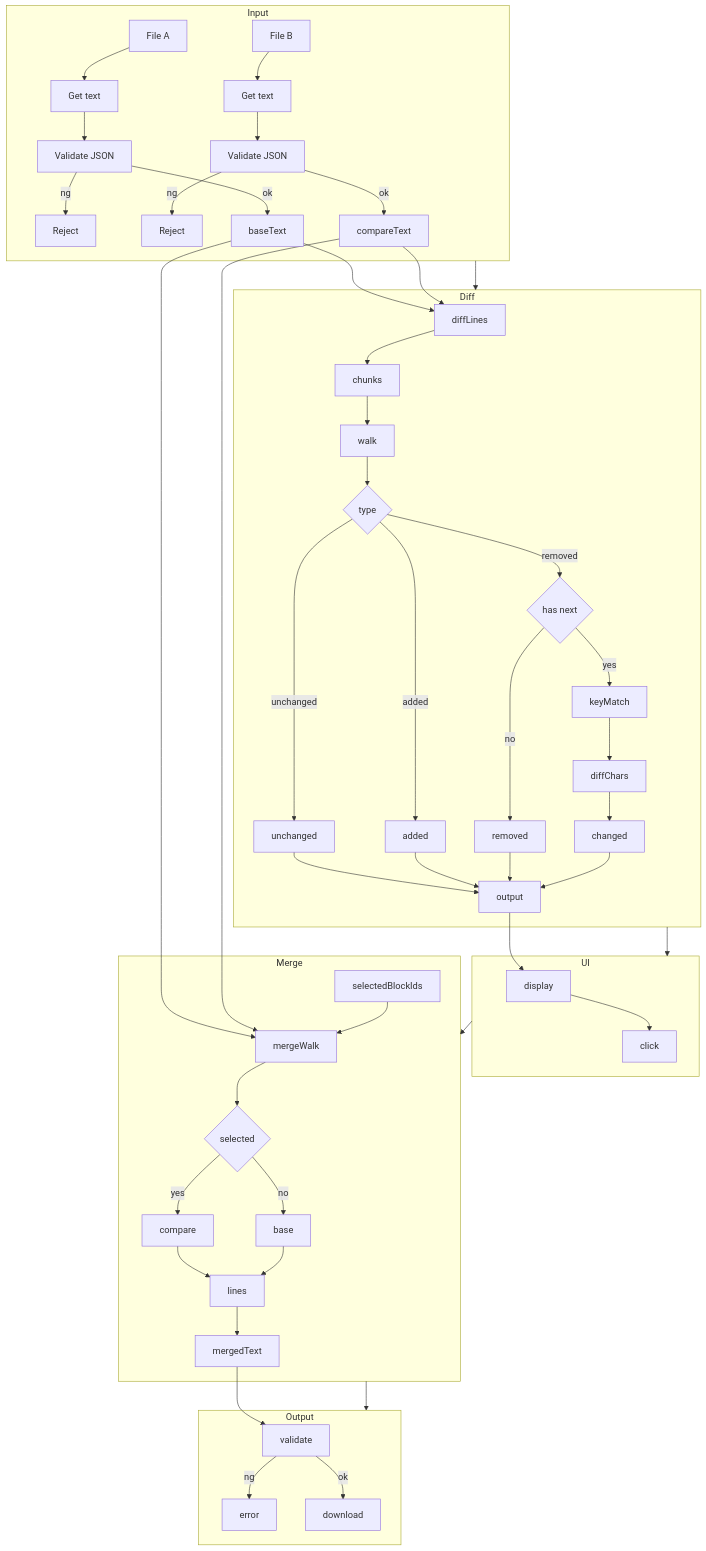
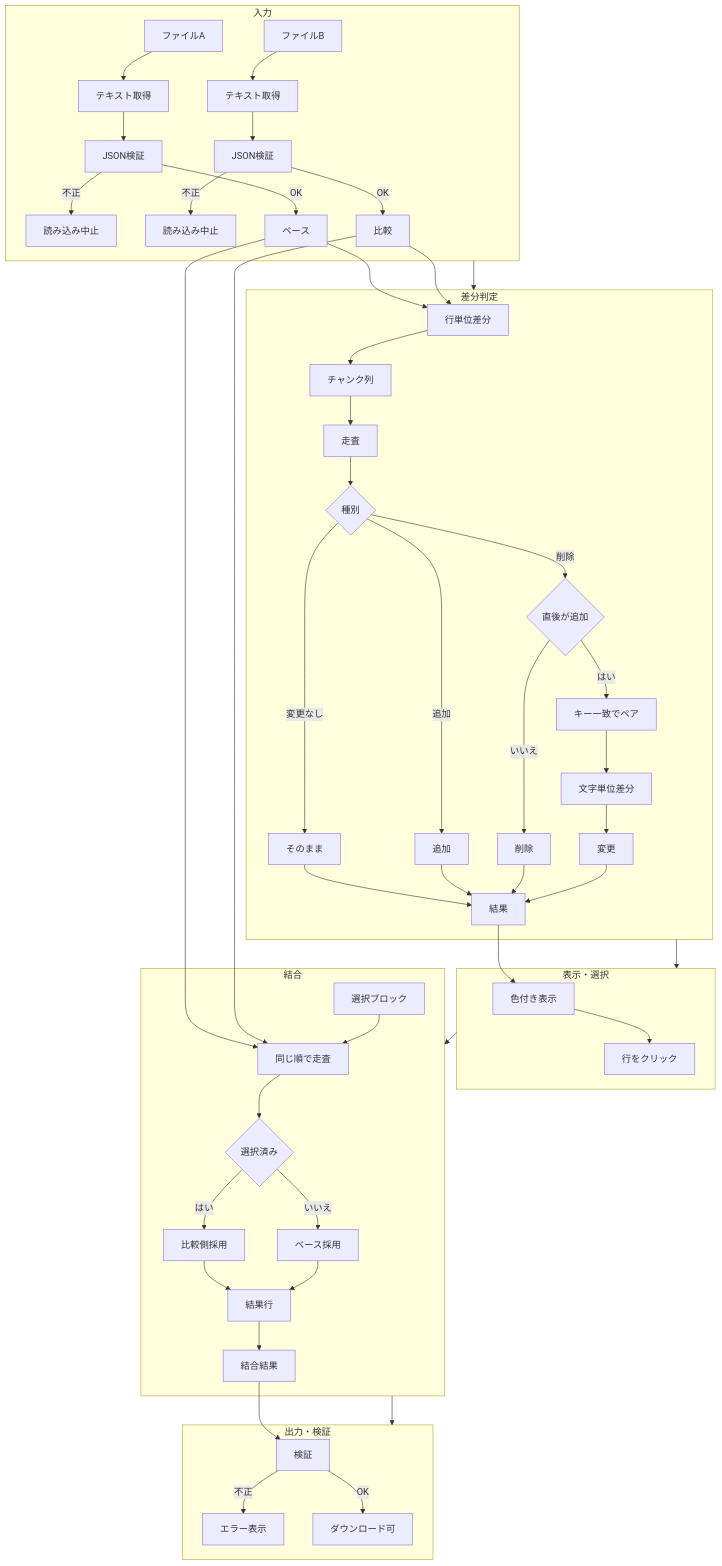
The diagram in README.md (false-kokobaya/vue_ts), drawn with Mermaid before and after one commit.

Commit message:
READMEの図のテキストをすべて日本語に修正

````diff
--- a/README.md
+++ b/README.md
@@ -139,61 +139,61 @@
 ```mermaid
 flowchart TB
-  subgraph INPUT[Input]
-    A[File A] --> A1[Get text]
-    B[File B] --> B1[Get text]
-    A1 --> VA[Validate JSON]
-    B1 --> VB[Validate JSON]
-    VA -->|ng| REJECT_A[Reject]
-    VB -->|ng| REJECT_B[Reject]
-    VA -->|ok| baseText[baseText]
-    VB -->|ok| compareText[compareText]
+  subgraph INPUT[入力]
+    A[ファイルA] --> A1[テキスト取得]
+    B[ファイルB] --> B1[テキスト取得]
+    A1 --> VA[JSON検証]
+    B1 --> VB[JSON検証]
+    VA -->|不正| REJECT_A[読み込み中止]
+    VB -->|不正| REJECT_B[読み込み中止]
+    VA -->|OK| baseText[ベース]
+    VB -->|OK| compareText[比較]
   end
 
-  subgraph DIFF[Diff]
-    baseText --> diffLines[diffLines]
+  subgraph DIFF[差分判定]
+    baseText --> diffLines[行単位差分]
     compareText --> diffLines
-    diffLines --> chunks[chunks]
-    chunks --> walk[walk]
-    walk --> type{type}
-    type -->|unchanged| out_unchanged[unchanged]
-    type -->|added| out_added[added]
-    type -->|removed| next{has next}
-    next -->|yes| keyMatch[keyMatch]
-    next -->|no| out_removed[removed]
-    keyMatch --> diffChars[diffChars]
-    diffChars --> out_changed[changed]
-    out_unchanged --> result[output]
+    diffLines --> chunks[チャンク列]
+    chunks --> walk[走査]
+    walk --> type{種別}
+    type -->|変更なし| out_unchanged[そのまま]
+    type -->|追加| out_added[追加]
+    type -->|削除| next{直後が追加}
+    next -->|はい| keyMatch[キー一致でペア]
+    next -->|いいえ| out_removed[削除]
+    keyMatch --> diffChars[文字単位差分]
+    diffChars --> out_changed[変更]
+    out_unchanged --> result[結果]
     out_added --> result
     out_removed --> result
     out_changed --> result
   end
 
-  subgraph UI[UI]
-    result --> display[display]
-    display --> click[click]
-    click --> selectedBlockIds
+  subgraph UI[表示・選択]
+    result --> display[色付き表示]
+    display --> click[行をクリック]
+    click --> 選択ブロック
   end
 
-  subgraph MERGE[Merge]
-    baseText --> mergeWalk[mergeWalk]
+  subgraph MERGE[結合]
+    baseText --> mergeWalk[同じ順で走査]
     compareText --> mergeWalk
-    selectedBlockIds --> mergeWalk
-    mergeWalk --> apply{selected}
-    apply -->|yes| useCompare[compare]
-    apply -->|no| useBase[base]
-    useCompare --> mergedLines[lines]
+    選択ブロック --> mergeWalk
+    mergeWalk --> apply{選択済み}
+    apply -->|はい| useCompare[比較側採用]
+    apply -->|いいえ| useBase[ベース採用]
+    useCompare --> mergedLines[結果行]
     useBase --> mergedLines
-    mergedLines --> mergedText[mergedText]
+    mergedLines --> mergedText[結合結果]
   end
 
-  subgraph OUT[Output]
-    mergedText --> validate[validate]
-    validate -->|ng| errMsg[error]
-    validate -->|ok| download[download]
+  subgraph OUT[出力・検証]
+    mergedText --> validate[検証]
+    validate -->|不正| errMsg[エラー表示]
+    validate -->|OK| download[ダウンロード可]
   end
 
   INPUT --> DIFF
   DIFF --> UI
   UI --> MERGE
   MERGE --> OUT
 ```
````
